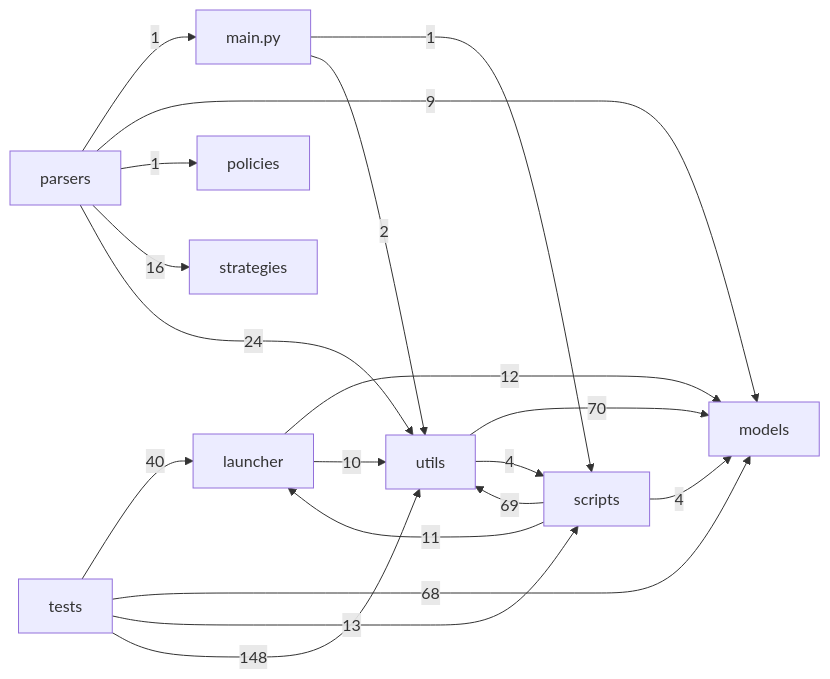
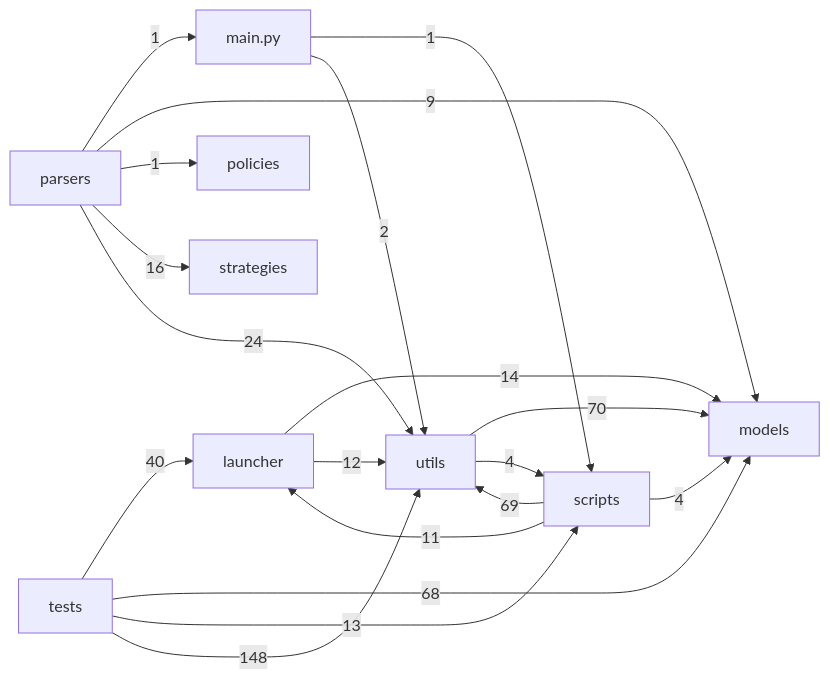
The sixth of 6 diagrams in docs/PROJECT_FILE_FLOW_MAP.md (Lyti4/ParserRIba), drawn with Mermaid before and after one commit. The commit also changed other lines of this file and 7 other files, not shown here.

````diff
--- a/docs/PROJECT_FILE_FLOW_MAP.md
+++ b/docs/PROJECT_FILE_FLOW_MAP.md
@@ -588,21 +593,21 @@
 ```mermaid
 flowchart LR
-  n_launcher[launcher] -->|12| n_models[models]
-  n_launcher[launcher] -->|10| n_utils[utils]
+  n_launcher[launcher] -->|14| n_models[models]
+  n_launcher[launcher] -->|12| n_utils[utils]
   n_main_py[main.py] -->|1| n_scripts[scripts]
   n_main_py[main.py] -->|2| n_utils[utils]
   n_parsers[parsers] -->|1| n_main_py[main.py]
   n_parsers[parsers] -->|9| n_models[models]
   n_parsers[parsers] -->|1| n_policies[policies]
   n_parsers[parsers] -->|16| n_strategies[strategies]
   n_parsers[parsers] -->|24| n_utils[utils]
   n_scripts[scripts] -->|11| n_launcher[launcher]
   n_scripts[scripts] -->|4| n_models[models]
   n_scripts[scripts] -->|69| n_utils[utils]
   n_tests[tests] -->|40| n_launcher[launcher]
   n_tests[tests] -->|68| n_models[models]
   n_tests[tests] -->|13| n_scripts[scripts]
   n_tests[tests] -->|148| n_utils[utils]
   n_utils[utils] -->|70| n_models[models]
   n_utils[utils] -->|4| n_scripts[scripts]
 ```
````
